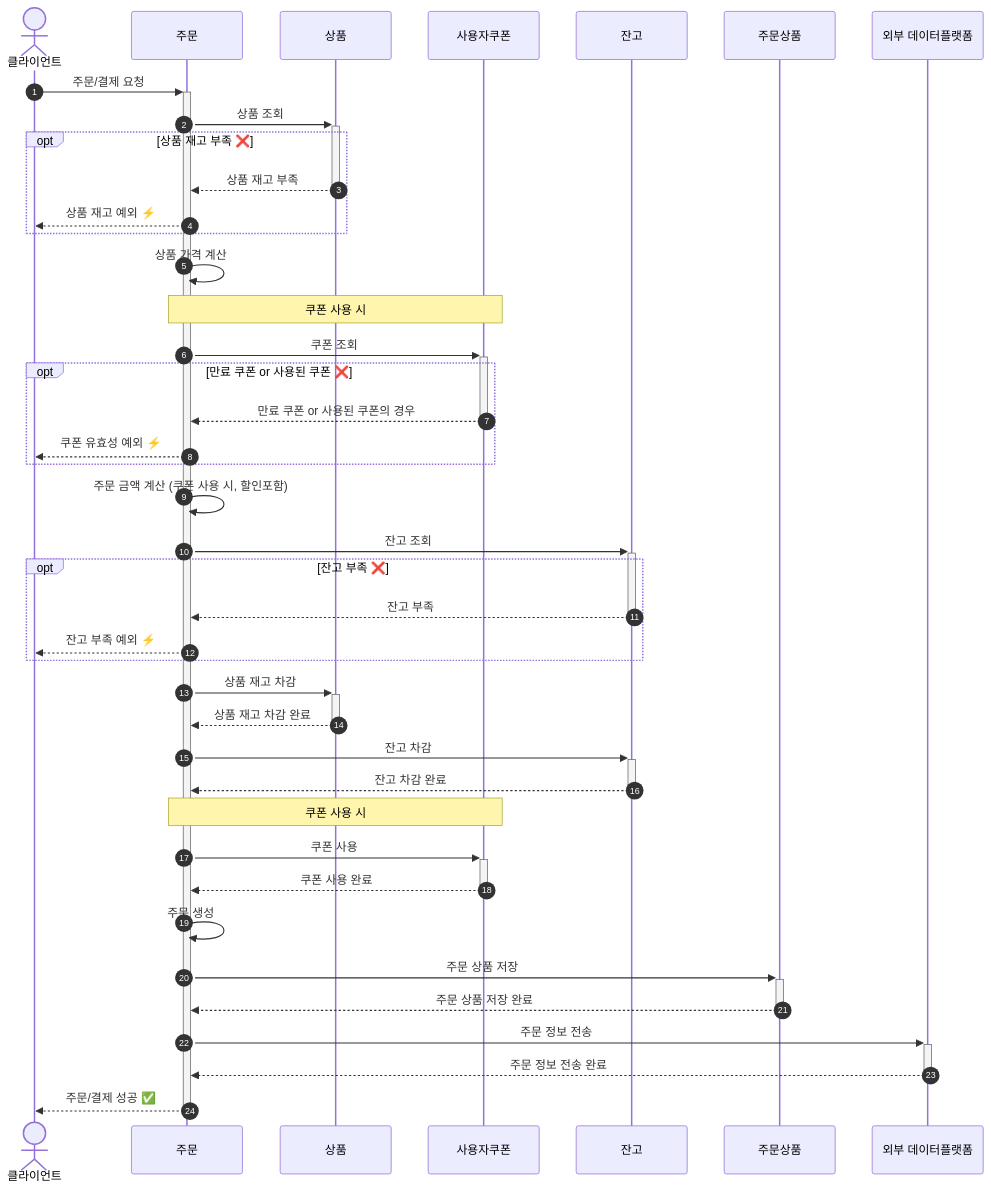
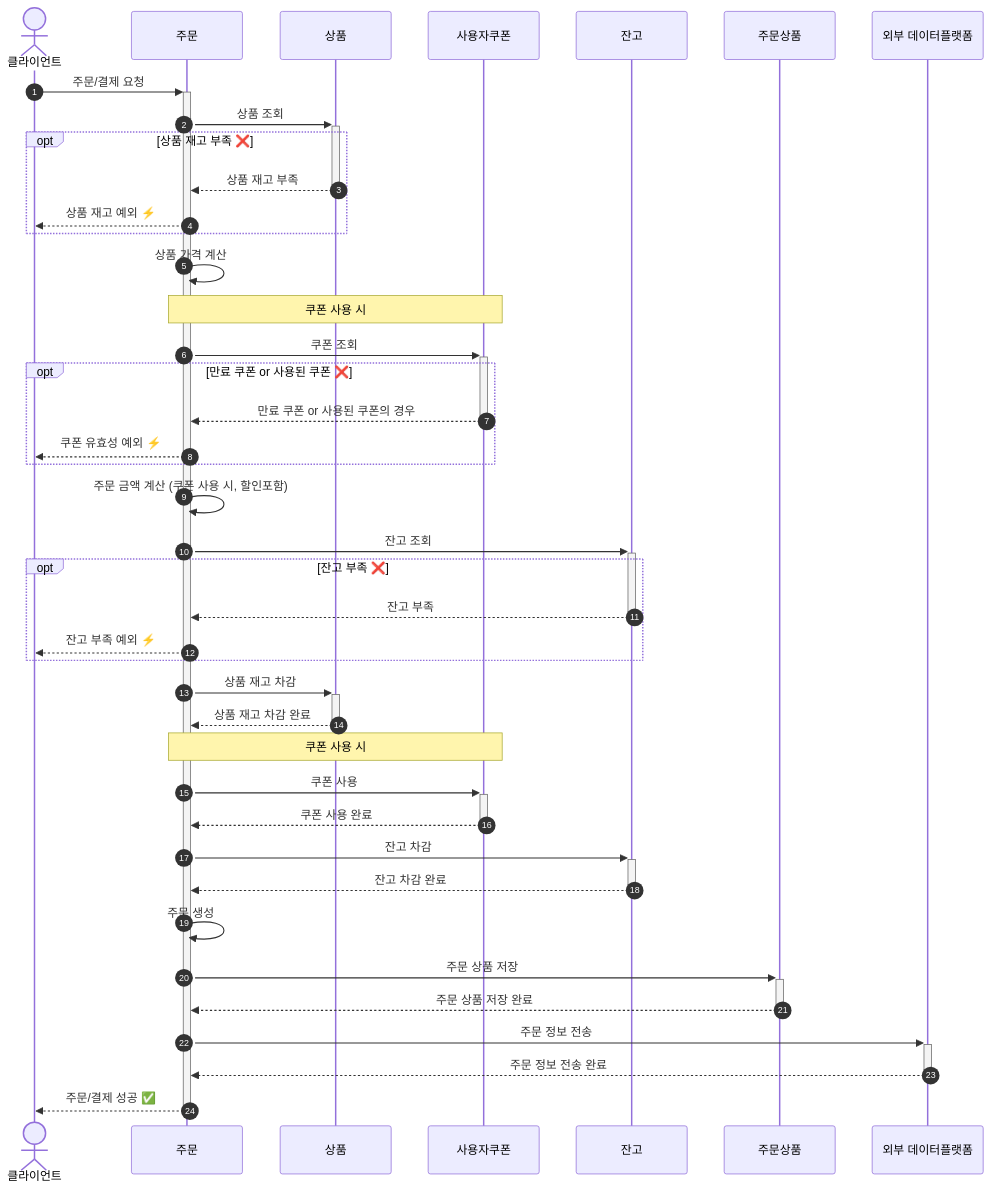
One commit to discphy/hhplus-e-commerce changed the third of 4 diagrams in docs/architecture/03.SequenceDiagram.md. Above: the diagram before and after it, drawn with Mermaid. The commit also changed other lines of this file, not shown here.

Commit message:
[DOCS] 시퀀스 다이어그램 수정 잔고차감 - 쿠폰사용 순서 변경

````diff
--- a/docs/architecture/03.SequenceDiagram.md
+++ b/docs/architecture/03.SequenceDiagram.md
@@ -70,49 +70,49 @@
 ```mermaid
 sequenceDiagram
     autonumber
     actor 클라이언트
     participant 주문
     participant 상품
     participant 쿠폰 AS 사용자쿠폰
     participant 잔고
     participant 주문상품
     participant 외부 데이터플랫폼
     클라이언트 ->>+ 주문: 주문/결제 요청
     주문 ->>+ 상품: 상품 조회
 
     opt 상품 재고 부족 ❌
         상품 -->>- 주문: 상품 재고 부족
         주문 -->> 클라이언트: 상품 재고 예외 ⚡️
     end
 
     주문 ->> 주문: 상품 가격 계산
     Note over 주문, 쿠폰: 쿠폰 사용 시
     주문 ->>+ 쿠폰: 쿠폰 조회
 
     opt 만료 쿠폰 or 사용된 쿠폰 ❌
         쿠폰 -->>- 주문: 만료 쿠폰 or 사용된 쿠폰의 경우
         주문 -->> 클라이언트: 쿠폰 유효성 예외 ⚡️
     end
 
     주문 ->> 주문: 주문 금액 계산 (쿠폰 사용 시, 할인포함)
     주문 ->>+ 잔고: 잔고 조회
 
     opt 잔고 부족 ❌
         잔고 -->>- 주문: 잔고 부족
         주문 -->> 클라이언트: 잔고 부족 예외 ⚡️
     end
 
     주문 ->>+ 상품: 상품 재고 차감
     상품 -->>- 주문: 상품 재고 차감 완료
-    주문 ->>+ 잔고: 잔고 차감
-    잔고 -->>- 주문: 잔고 차감 완료
     Note over 주문, 쿠폰: 쿠폰 사용 시
     주문 ->>+ 쿠폰: 쿠폰 사용
     쿠폰 -->>- 주문: 쿠폰 사용 완료
+    주문 ->>+ 잔고: 잔고 차감
+    잔고 -->>- 주문: 잔고 차감 완료
     주문 ->> 주문: 주문 생성
     주문 ->>+ 주문상품: 주문 상품 저장
     주문상품 -->>- 주문: 주문 상품 저장 완료
     주문 ->>+ 외부 데이터플랫폼: 주문 정보 전송
     외부 데이터플랫폼 -->>- 주문: 주문 정보 전송 완료
     주문 -->>- 클라이언트: 주문/결제 성공 ✅ 
 ```
````
